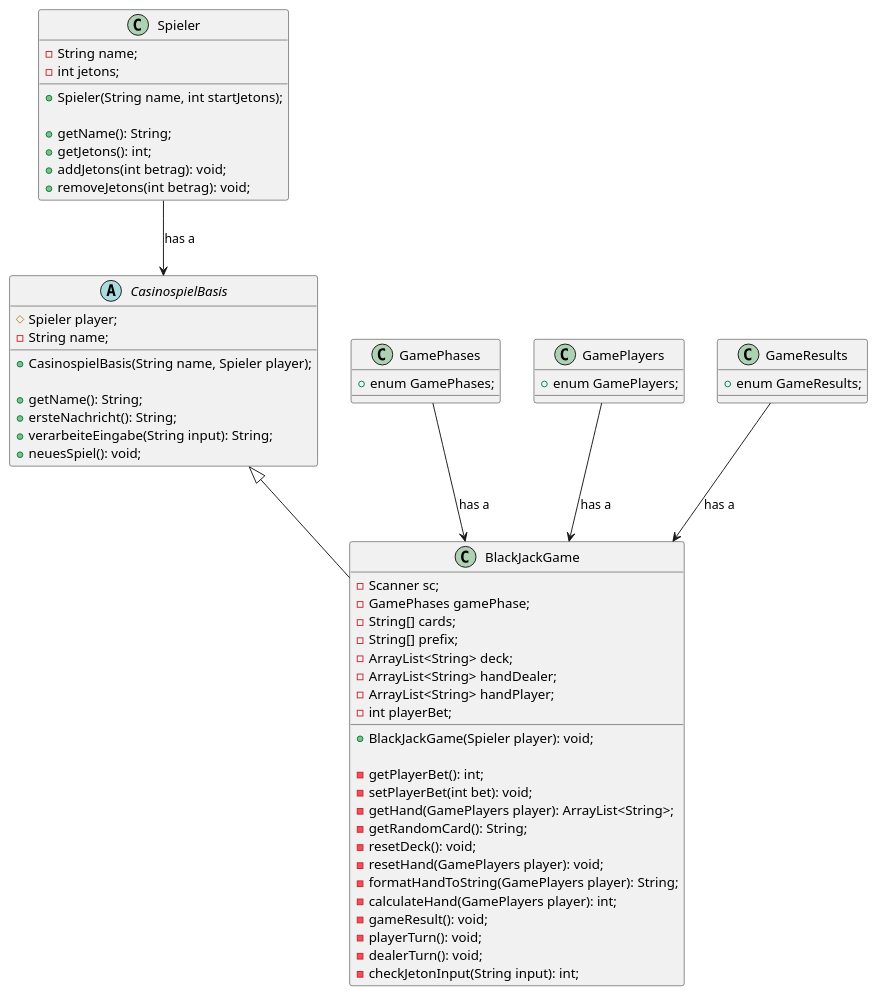
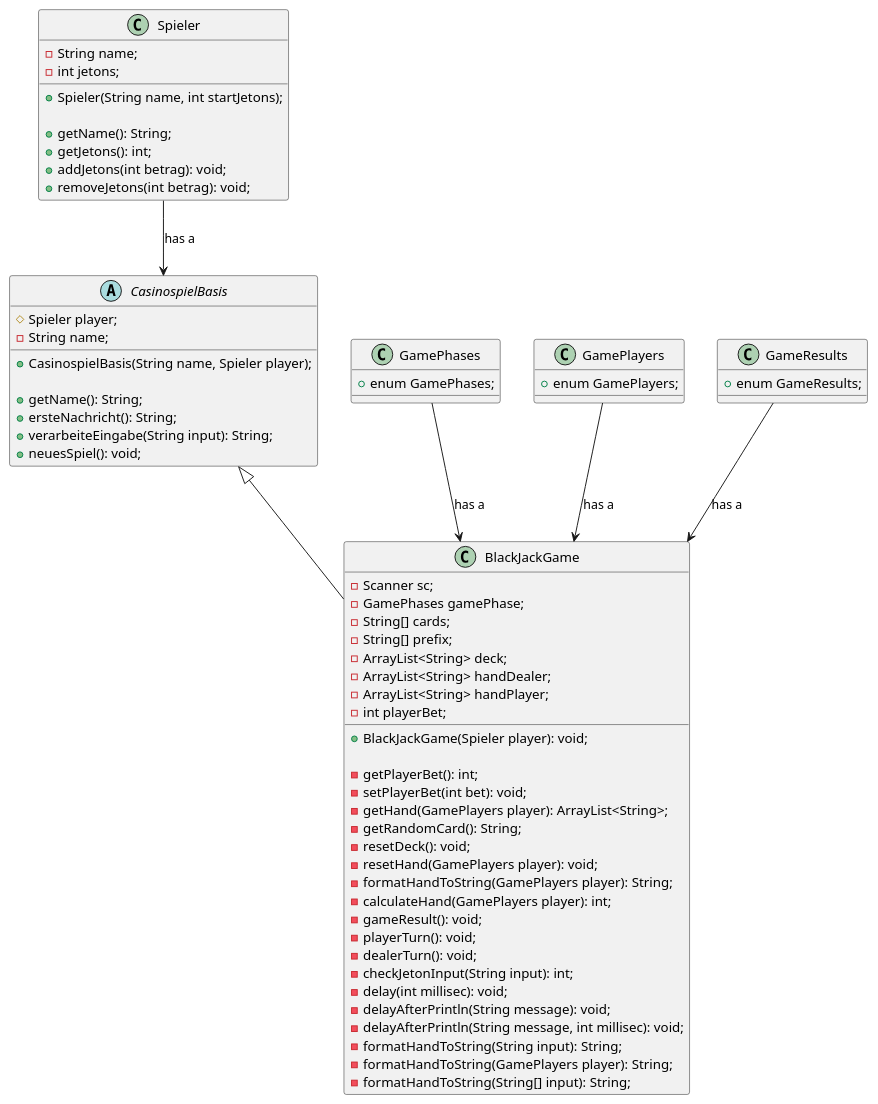
The diagram in UML-Diagramm/UML.wsd (Henrik-basecom/casino-black-jack), drawn with PlantUML before and after one commit. The commit also changed 1 other file, not shown here.

Commit message:
[henrik] fix uml diagram

```diff
--- a/UML-Diagramm/UML.wsd
+++ b/UML-Diagramm/UML.wsd
@@ -1,69 +1,75 @@
 @startuml BlackJack
 class Spieler {
     - String name;
     - int jetons;
 
     + Spieler(String name, int startJetons);
 
     + getName(): String;
     + getJetons(): int;
     + addJetons(int betrag): void;
     + removeJetons(int betrag): void;
 }
 
 abstract class CasinospielBasis {
     # Spieler player;
     - String name;
 
     + CasinospielBasis(String name, Spieler player);
 
     + getName(): String;
     + ersteNachricht(): String;
     + verarbeiteEingabe(String input): String;
     + neuesSpiel(): void;
 }
 
 
 class BlackJackGame extends CasinospielBasis{
     - Scanner sc;
     - GamePhases gamePhase;
     - String[] cards;
     - String[] prefix;
     - ArrayList<String> deck;
     - ArrayList<String> handDealer;
     - ArrayList<String> handPlayer; 
     - int playerBet;
 
     + BlackJackGame(Spieler player): void;
 
     - getPlayerBet(): int;
     - setPlayerBet(int bet): void;
     - getHand(GamePlayers player): ArrayList<String>;
     - getRandomCard(): String;
     - resetDeck(): void;
     - resetHand(GamePlayers player): void;
     - formatHandToString(GamePlayers player): String;
     - calculateHand(GamePlayers player): int;
     - gameResult(): void;
     - playerTurn(): void;
     - dealerTurn(): void;
     - checkJetonInput(String input): int;
+    - delay(int millisec): void;
+    - delayAfterPrintln(String message): void;
+    - delayAfterPrintln(String message, int millisec): void;
+    - formatHandToString(String input): String;
+    - formatHandToString(GamePlayers player): String;
+    - formatHandToString(String[] input): String;
 }
 
 class GamePhases {
     + enum GamePhases;
 }
 
 class GamePlayers {
     + enum GamePlayers;
 }
 
 class GameResults {
     + enum GameResults;
 }
 
 Spieler --> CasinospielBasis : "has a"
 GamePhases --> BlackJackGame: "has a"
 GamePlayers --> BlackJackGame: "has a"
 GameResults --> BlackJackGame: "has a"
 @enduml
```
